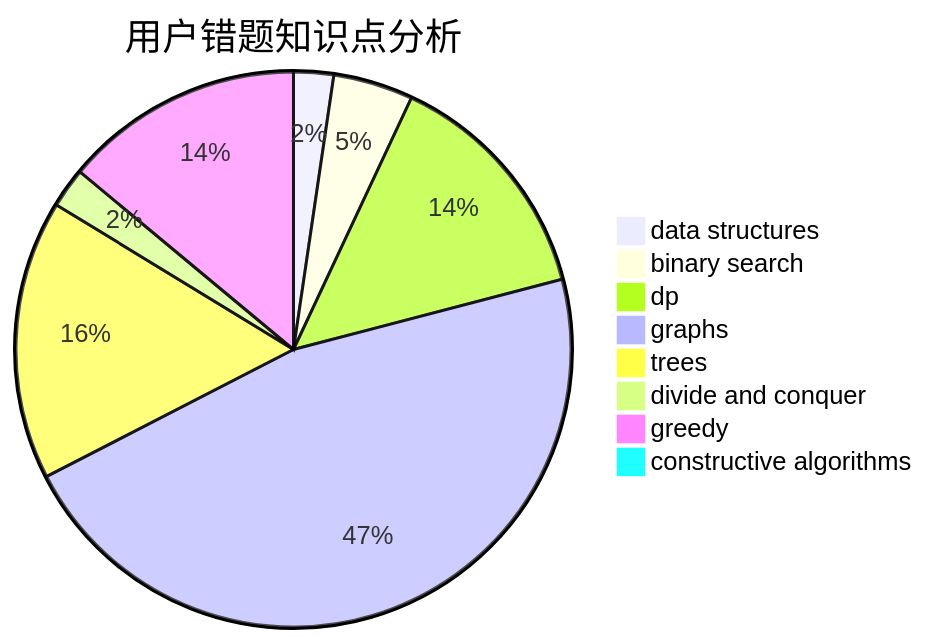
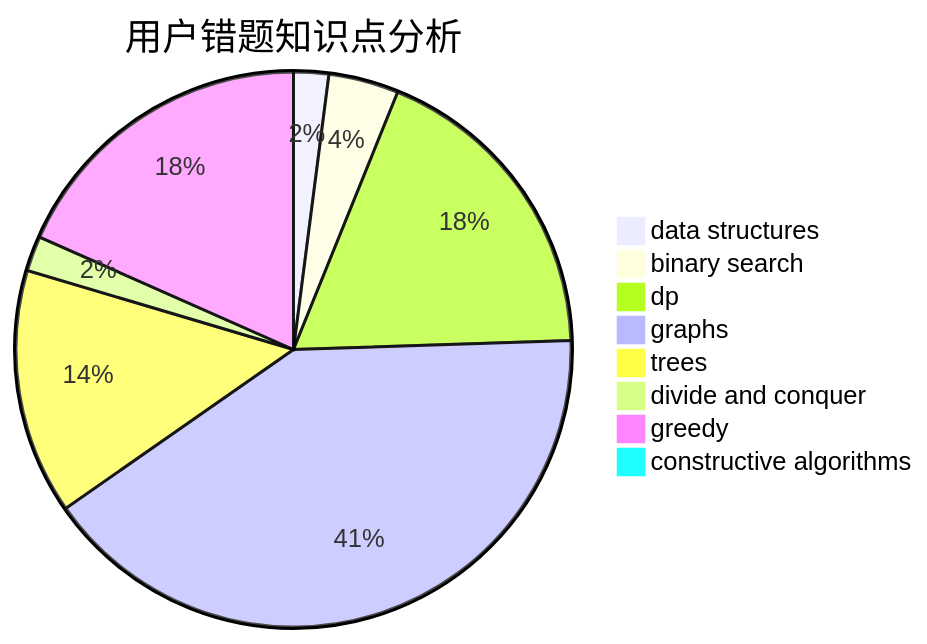
One commit to sherpahu/cfrs.github.io changed the third of 3 diagrams in docs/user/u1632.md. Above: the diagram before and after it, drawn with Mermaid. The commit also changed other lines of this file and 2770 other files, not shown here.

````diff
--- a/docs/user/u1632.md
+++ b/docs/user/u1632.md
@@ -36,11 +36,11 @@
 ```mermaid
 pie title 用户错题知识点分析
     "data structures" :  1
     "binary search" :  2
-    "dp" :  6
+    "dp" :  9
     "graphs" :  20
     "trees" :  7
     "divide and conquer" :  1
-    "greedy" :  6
+    "greedy" :  9
     "constructive algorithms" :  0
 ```
````
